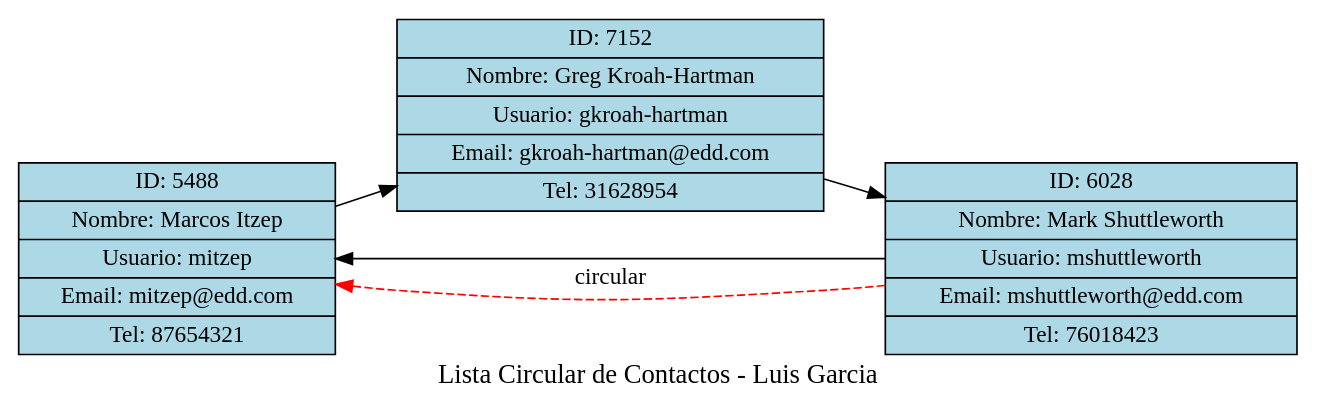
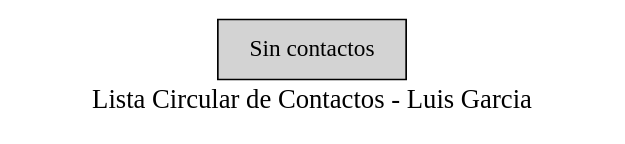
The diagram in Fase1/src/lgarcia-Reportes/contactos_lgarcia.dot (JoseArt777/-EDD-1S2025_202100305), drawn with Graphviz before and after one commit. The commit also changed 18 other files, not shown here.

```diff
--- a/Fase1/src/lgarcia-Reportes/contactos_lgarcia.dot
+++ b/Fase1/src/lgarcia-Reportes/contactos_lgarcia.dot
@@ -1,14 +1,7 @@
 digraph G {
     label="Lista Circular de Contactos - Luis Garcia";
     fontsize=16;
     rankdir=LR;
     node [shape=record, style=filled, fillcolor=lightblue];
-    contact_mitzep_at_edd_com [label="ID: 5488|Nombre: Marcos Itzep|Usuario: mitzep|Email: mitzep@edd.com|Tel: 87654321"];
-    contact_gkroah_hartman_at_edd_com [label="ID: 7152|Nombre: Greg Kroah-Hartman|Usuario: gkroah-hartman|Email: gkroah-hartman@edd.com|Tel: 31628954"];
-    contact_mshuttleworth_at_edd_com [label="ID: 6028|Nombre: Mark Shuttleworth|Usuario: mshuttleworth|Email: mshuttleworth@edd.com|Tel: 76018423"];
-    contact_mitzep_at_edd_com -> contact_gkroah_hartman_at_edd_com;
-    contact_gkroah_hartman_at_edd_com -> contact_mshuttleworth_at_edd_com;
-    contact_mshuttleworth_at_edd_com -> contact_mitzep_at_edd_com;
-    edge [color=red, style=dashed];
-    contact_mshuttleworth_at_edd_com -> contact_mitzep_at_edd_com [label="circular"];
+    empty [label="Sin contactos", style=filled, fillcolor=lightgray];
 }
```
